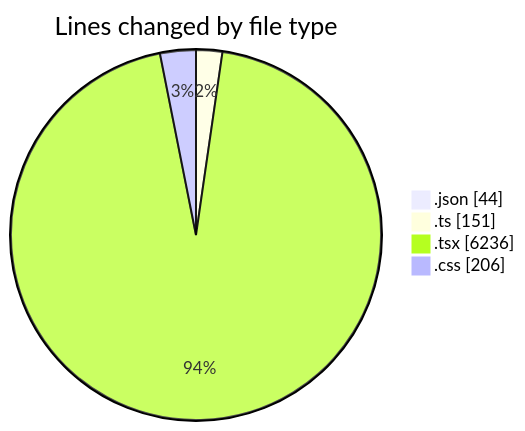
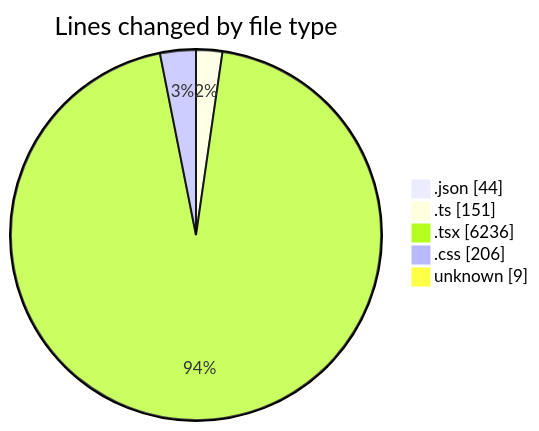
One commit to julien-gomy/code-tracking changed the first of 2 diagrams in 2025-10-24/eventscop-frontend-guide__workspace_/README.md. Above: the diagram before and after it, drawn with Mermaid. The commit also changed other lines of this file and 1 other file, not shown here.

````diff
--- a/2025-10-24/eventscop-frontend-guide__workspace_/README.md
+++ b/2025-10-24/eventscop-frontend-guide__workspace_/README.md
@@ -45,8 +46,9 @@
 ```mermaid
 pie showData
 title Lines changed by file type
 ".json" : 44
 ".ts" : 151
 ".tsx" : 6236
 ".css" : 206
+"unknown" : 9
 ```
````
